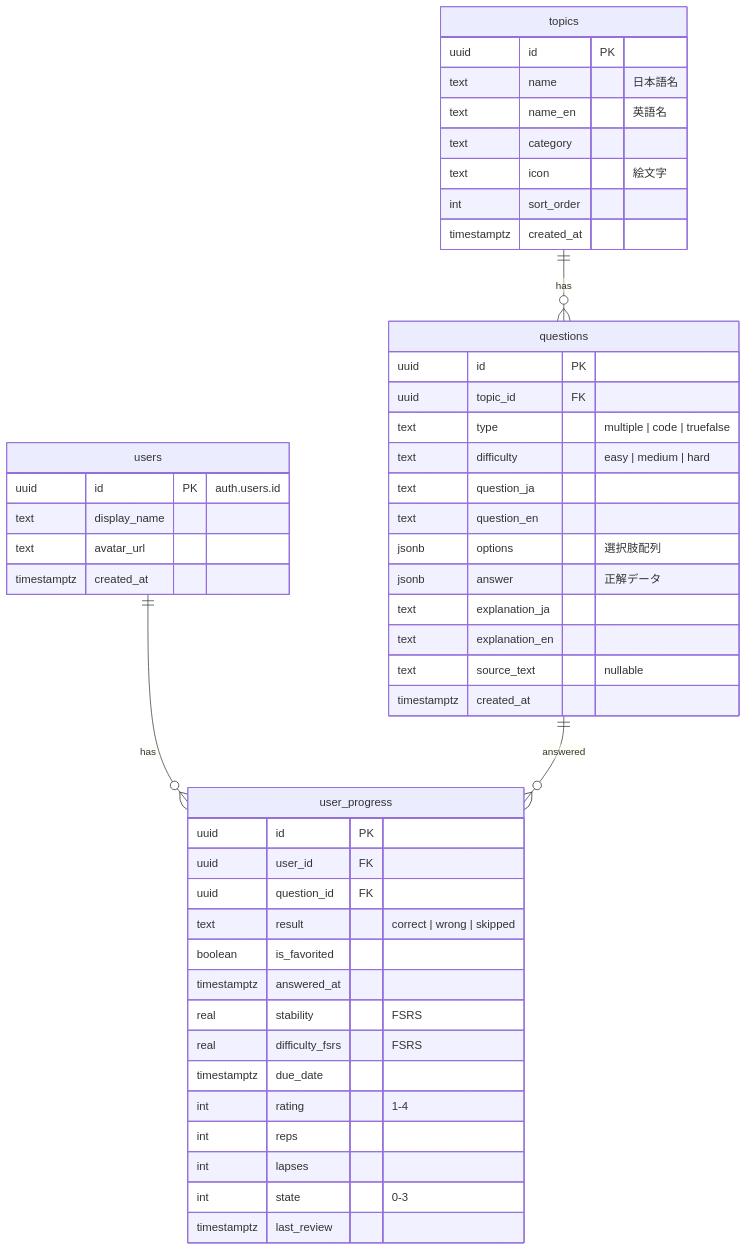
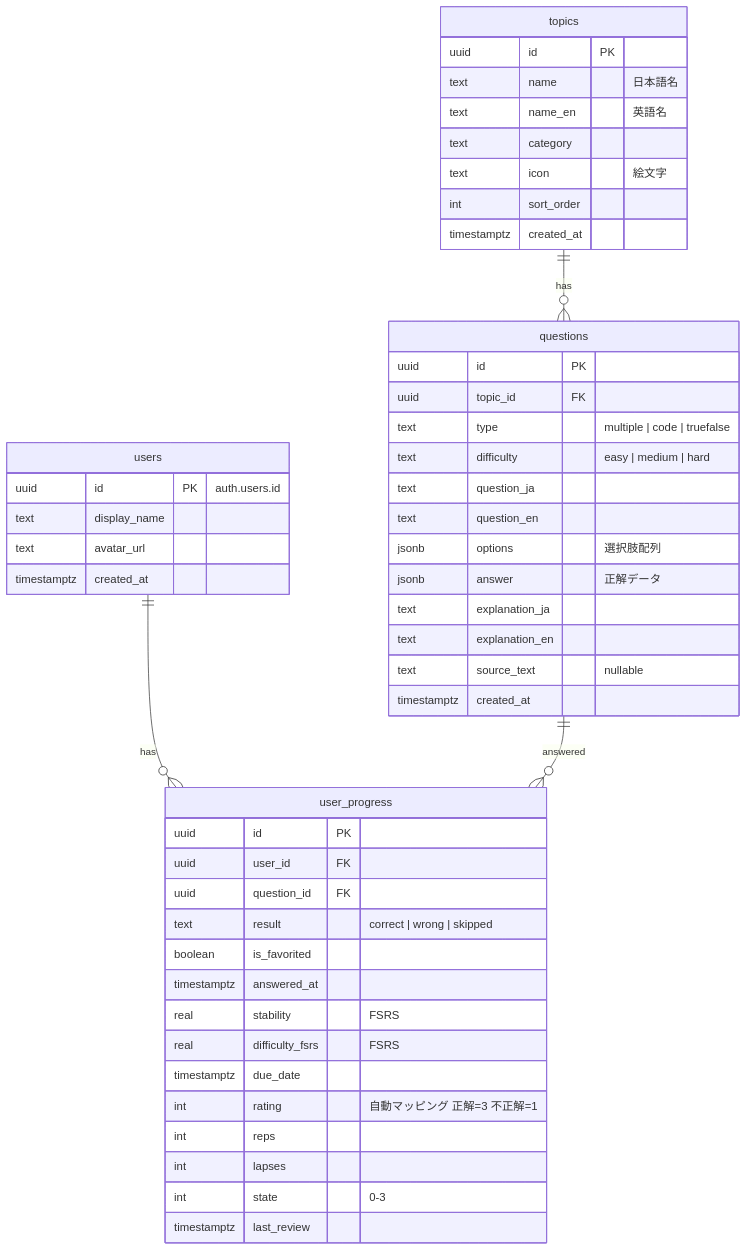
One commit to kohei240155/techinterviewprep changed the diagram in docs/database-design.md. Above: the diagram before and after it, drawn with Mermaid. The commit also changed other lines of this file and 1 other file, not shown here.

````diff
--- a/docs/database-design.md
+++ b/docs/database-design.md
@@ -9,55 +9,55 @@
 ```mermaid
 erDiagram
     users ||--o{ user_progress : "has"
     topics ||--o{ questions : "has"
     questions ||--o{ user_progress : "answered"
 
     users {
         uuid id PK "auth.users.id"
         text display_name
         text avatar_url
         timestamptz created_at
     }
 
     topics {
         uuid id PK
         text name "日本語名"
         text name_en "英語名"
         text category
         text icon "絵文字"
         int sort_order
         timestamptz created_at
     }
 
     questions {
         uuid id PK
         uuid topic_id FK
         text type "multiple | code | truefalse"
         text difficulty "easy | medium | hard"
         text question_ja
         text question_en
         jsonb options "選択肢配列"
         jsonb answer "正解データ"
         text explanation_ja
         text explanation_en
         text source_text "nullable"
         timestamptz created_at
     }
 
     user_progress {
         uuid id PK
         uuid user_id FK
         uuid question_id FK
         text result "correct | wrong | skipped"
         boolean is_favorited
         timestamptz answered_at
         real stability "FSRS"
         real difficulty_fsrs "FSRS"
         timestamptz due_date
-        int rating "1-4"
+        int rating "自動マッピング 正解=3 不正解=1"
         int reps
         int lapses
         int state "0-3"
         timestamptz last_review
     }
 ```
````
